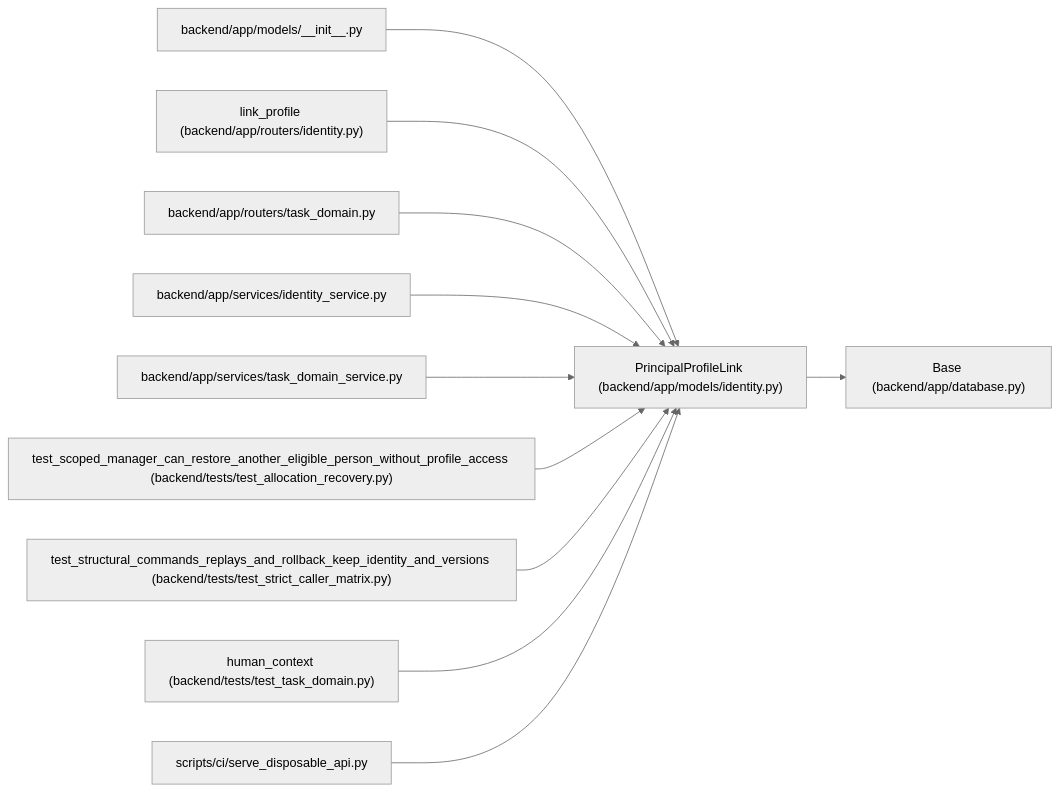
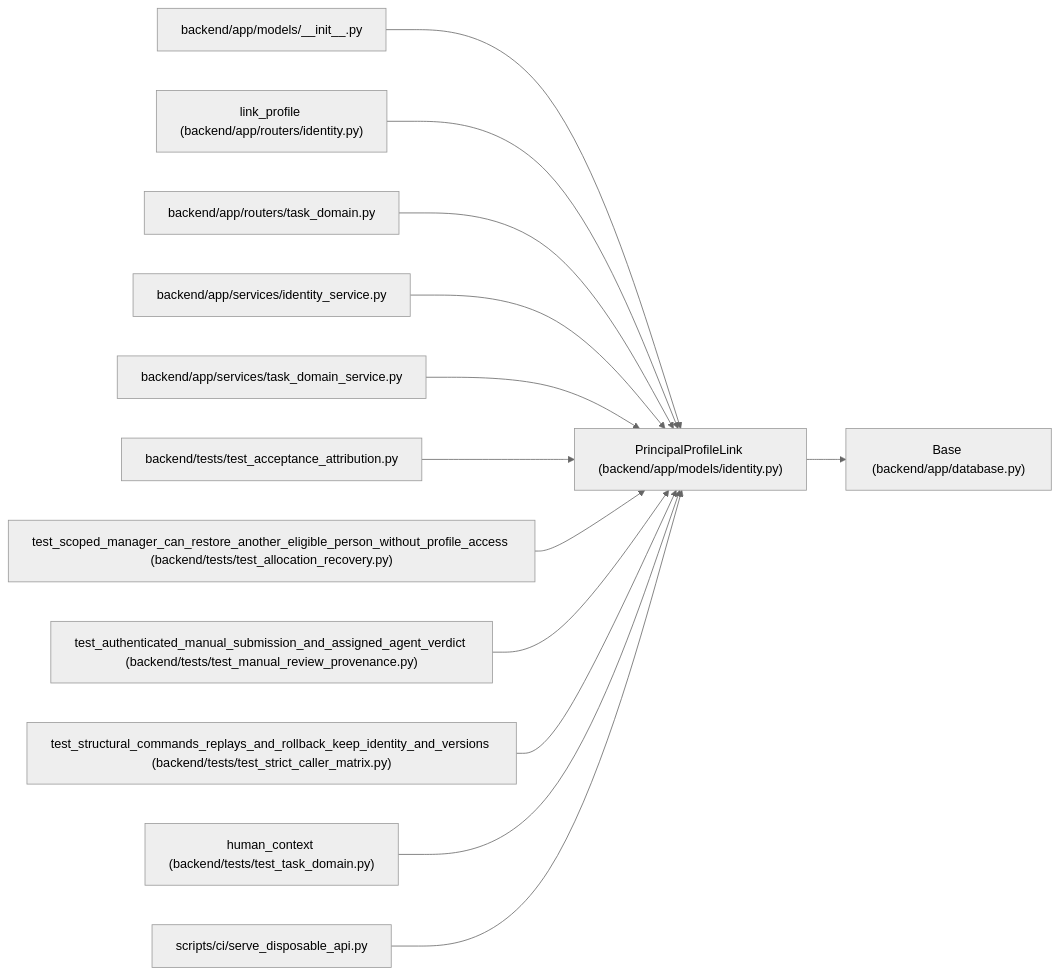
Before and after one commit to Denissvgn/WorkChord: the diagram in docs/llm_wiki/entities/PrincipalProfileLink.md, drawn with Mermaid (neutral theme). The commit also changed other lines of this file and 2373 other files, not shown here.

Commit message:
Refresh workspace and agent review documentation

````diff
--- a/docs/llm_wiki/entities/PrincipalProfileLink.md
+++ b/docs/llm_wiki/entities/PrincipalProfileLink.md
@@ -28,35 +28,41 @@
 ```mermaid
 flowchart LR
     n0["PrincipalProfileLink (backend/app/models/identity.py)"]
     n1["Base (backend/app/database.py)"]
     n2["backend/app/models/__init__.py"]
     n3["link_profile (backend/app/routers/identity.py)"]
     n4["backend/app/routers/task_domain.py"]
     n5["backend/app/services/identity_service.py"]
     n6["backend/app/services/task_domain_service.py"]
-    n7["test_scoped_manager_can_restore_another_eligible_person_without_profile_access (backend/tests/test_allocation_recovery.py)"]
-    n8["test_structural_commands_replays_and_rollback_keep_identity_and_versions (backend/tests/test_strict_caller_matrix.py)"]
-    n9["human_context (backend/tests/test_task_domain.py)"]
-    n10["scripts/ci/serve_disposable_api.py"]
+    n7["backend/tests/test_acceptance_attribution.py"]
+    n8["test_scoped_manager_can_restore_another_eligible_person_without_profile_access (backend/tests/test_allocation_recovery.py)"]
+    n9["test_authenticated_manual_submission_and_assigned_agent_verdict (backend/tests/test_manual_review_provenance.py)"]
+    n10["test_structural_commands_replays_and_rollback_keep_identity_and_versions (backend/tests/test_strict_caller_matrix.py)"]
+    n11["human_context (backend/tests/test_task_domain.py)"]
+    n12["scripts/ci/serve_disposable_api.py"]
     n0 --> n1
     n2 --> n0
     n3 --> n0
     n4 --> n0
     n5 --> n0
     n6 --> n0
     n7 --> n0
     n8 --> n0
     n9 --> n0
     n10 --> n0
+    n11 --> n0
+    n12 --> n0
     click n0 "../modules/models_identity.md"
     click n1 "../modules/app_database.md"
     click n2 "../modules/models___init__.md"
     click n3 "../modules/routers_identity.md"
     click n4 "../modules/routers_task_domain.md"
     click n5 "../modules/identity_service.md"
     click n6 "../modules/task_domain_service.md"
-    click n7 "../modules/test_allocation_recovery.md"
-    click n8 "../modules/test_strict_caller_matrix.md"
-    click n9 "../modules/test_task_domain.md"
-    click n10 "../modules/serve_disposable_api.md"
+    click n7 "../modules/test_acceptance_attribution.md"
+    click n8 "../modules/test_allocation_recovery.md"
+    click n9 "../modules/test_manual_review_provenance.md"
+    click n10 "../modules/test_strict_caller_matrix.md"
+    click n11 "../modules/test_task_domain.md"
+    click n12 "../modules/serve_disposable_api.md"
 ```
````
